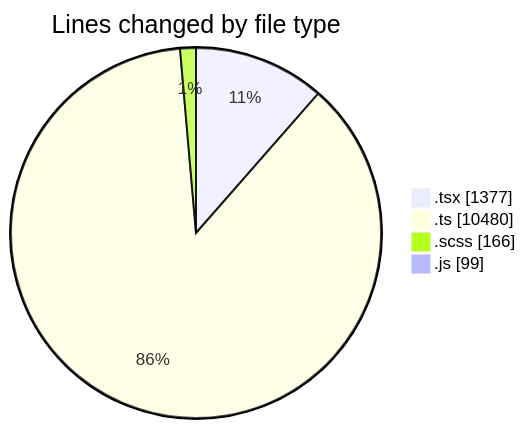
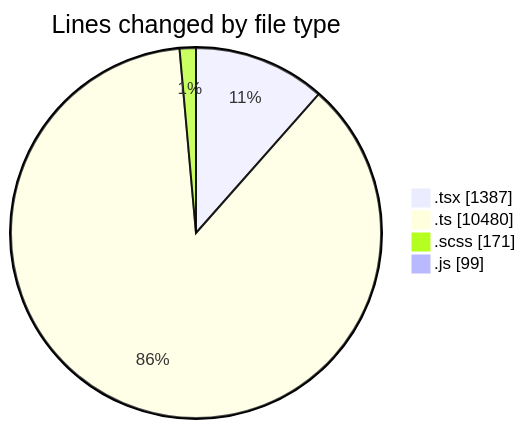
The first of 2 diagrams in 2025-03-26/cda/README.md (momahboobian/code-tracking), drawn with Mermaid before and after one commit. The commit also changed other lines of this file and 1 other file, not shown here.

````diff
--- a/2025-03-26/cda/README.md
+++ b/2025-03-26/cda/README.md
@@ -43,8 +43,8 @@
 ```mermaid
 pie showData
 title Lines changed by file type
-".tsx" : 1377
+".tsx" : 1387
 ".ts" : 10480
-".scss" : 166
+".scss" : 171
 ".js" : 99
 ```
````
